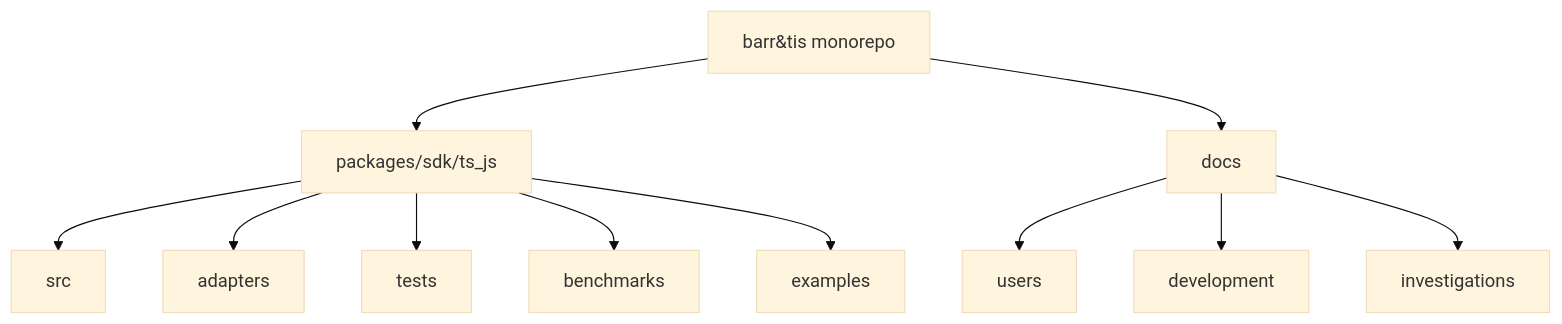
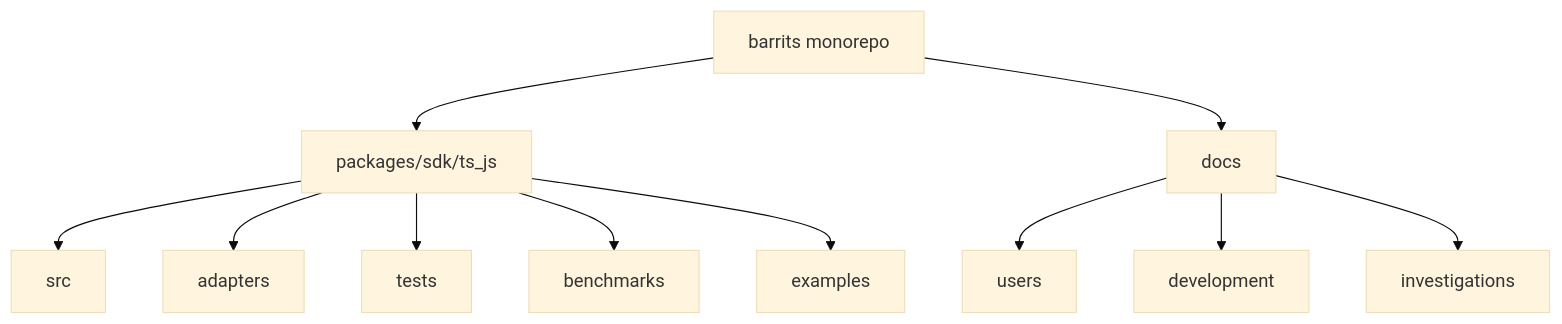
One commit to zuccadev-labs/Barrits changed the second of 2 diagrams in README.md. Above: the diagram before and after it, drawn with Mermaid (base theme). The commit also changed other lines of this file and 37 other files, not shown here.

````diff
--- a/README.md
+++ b/README.md
@@ -117,13 +117,13 @@
 ```mermaid
 flowchart TD
-  R[barr&tis monorepo] --> S[packages/sdk/ts_js]
+  R[barrits monorepo] --> S[packages/sdk/ts_js]
   S --> C1[src]
   S --> C2[adapters]
   S --> C3[tests]
   S --> C4[benchmarks]
   S --> C5[examples]
   R --> D[docs]
   D --> D1[users]
   D --> D2[development]
   D --> D3[investigations]
 ```
````
